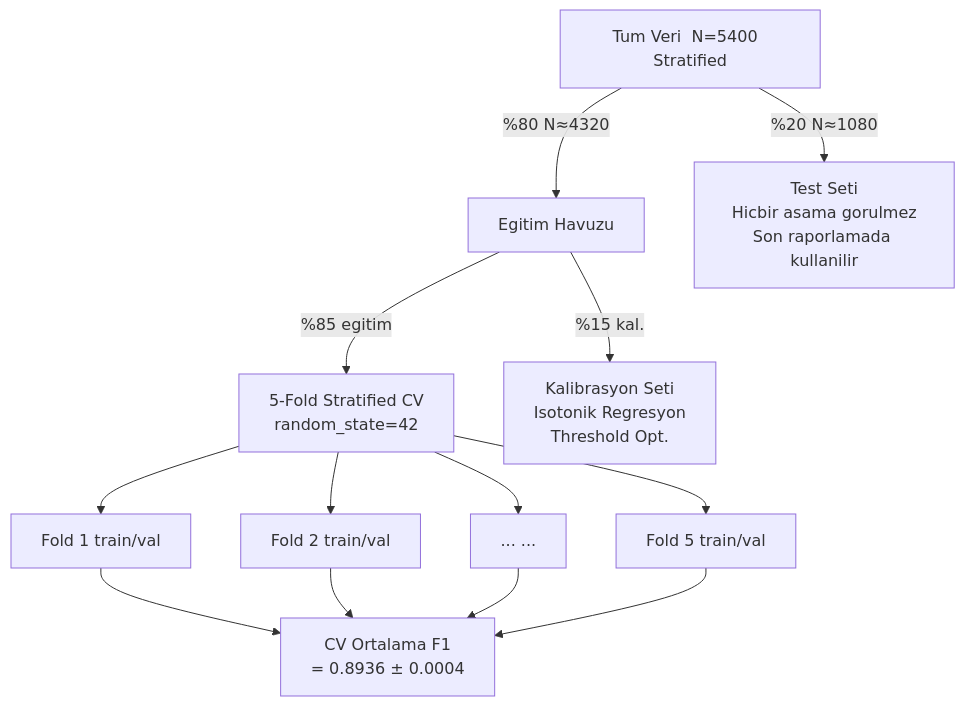
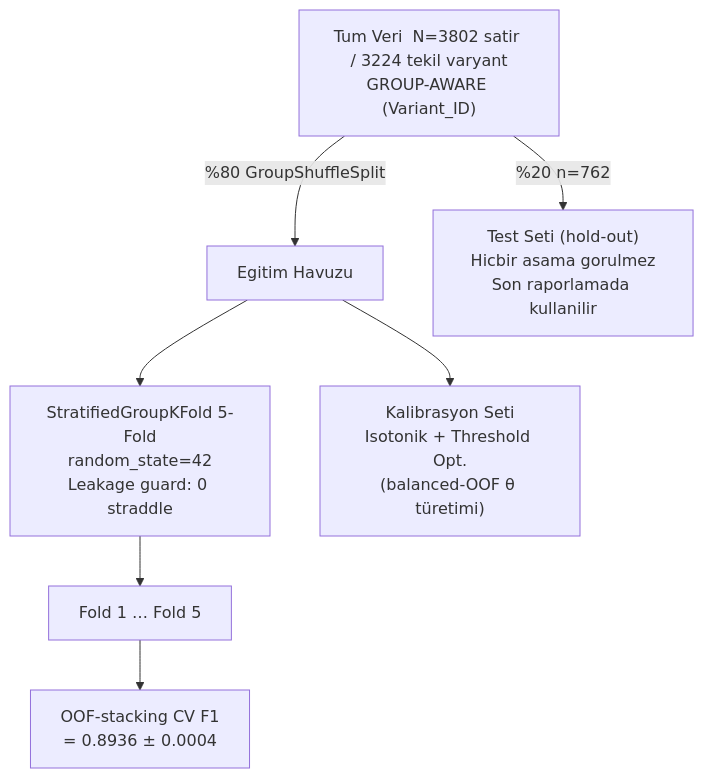
One commit to msgxr/VARIANT-GNN changed diagram 12 of 17 in README.md. Above: the diagram before and after it, drawn with Mermaid. The commit also changed other lines of this file and 1 other file, not shown here.

````diff
--- a/README.md
+++ b/README.md
@@ -493,20 +702,13 @@
 ```mermaid
 flowchart TD
-    ALL["Tum Veri  N=5400  Stratified"]
+    ALL["Tum Veri  N=3802 satir / 3224 tekil varyant\nGROUP-AWARE (Variant_ID)"]
 
-    ALL -- "%80  N≈4320" --> TRAIN["Egitim Havuzu"]
-    ALL -- "%20  N≈1080" --> TEST["Test Seti\nHicbir asama gorulmez\nSon raporlamada kullanilir"]
+    ALL -- "%80  GroupShuffleSplit" --> TRAIN["Egitim Havuzu"]
+    ALL -- "%20  n=762" --> TEST["Test Seti (hold-out)\nHicbir asama gorulmez\nSon raporlamada kullanilir"]
 
-    TRAIN -- "%85 egitim" --> CV["5-Fold Stratified CV\nrandom_state=42"]
-    TRAIN -- "%15 kal." --> CAL["Kalibrasyon Seti\nIsotonik Regresyon\nThreshold Opt."]
+    TRAIN --> CV["StratifiedGroupKFold 5-Fold\nrandom_state=42\nLeakage guard: 0 straddle"]
+    TRAIN --> CAL["Kalibrasyon Seti\nIsotonik + Threshold Opt.\n(balanced-OOF θ türetimi)"]
 
-    CV --> F1["Fold 1  train/val"]
-    CV --> F2["Fold 2  train/val"]
-    CV --> F3["...  ..."]
-    CV --> F5["Fold 5  train/val"]
-
-    F1 --> AVG["CV Ortalama F1\n= 0.8936 ± 0.0004"]
-    F2 --> AVG
-    F3 --> AVG
-    F5 --> AVG
+    CV --> F1["Fold 1 … Fold 5"]
+    F1 --> AVG["OOF-stacking CV F1\n= 0.8936 ± 0.0004"]
 ```
````
